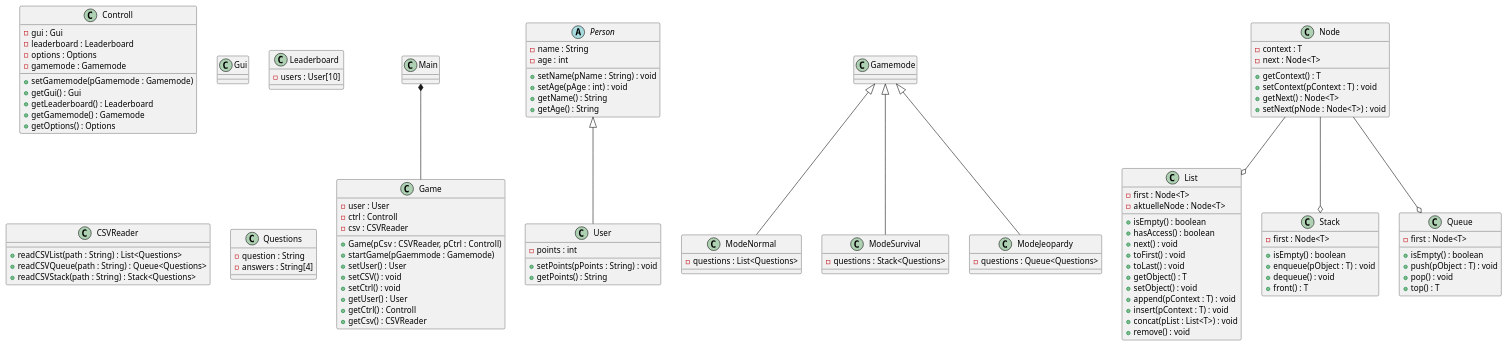
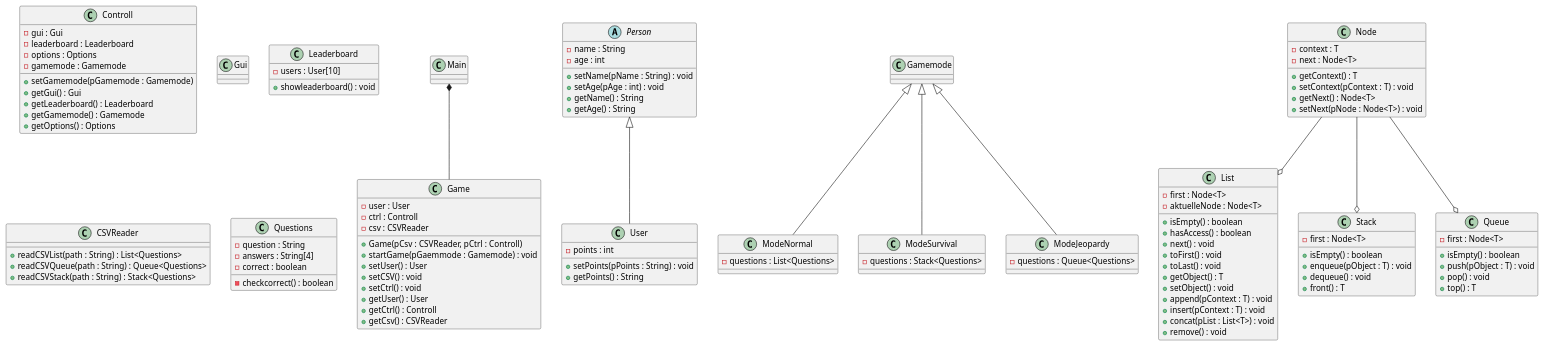
The diagram in doku/lastenheft/Diagramme/Klassendiagramm.puml (Kevin-Kroeger/dynamische-Datenstrukturen-Team-4), drawn with PlantUML before and after one commit.

Commit message:
[CHA] Klassendiagramm.puml

```diff
--- a/doku/lastenheft/Diagramme/Klassendiagramm.puml
+++ b/doku/lastenheft/Diagramme/Klassendiagramm.puml
@@ -1,143 +1,146 @@
 @startuml
  'https://plantuml.com/class-diagram
 
 class Main
 
 class Game{
 - user : User
 - ctrl : Controll
 - csv : CSVReader
 
 + Game(pCsv : CSVReader, pCtrl : Controll)
-+ startGame(pGaemmode : Gamemode)
++ startGame(pGaemmode : Gamemode) : void
 + setUser() : User
 + setCSV() : void
 + setCtrl() : void
 + getUser() : User
 + getCtrl() : Controll
 + getCsv() : CSVReader
 }
 
 
 class Controll{
 
 - gui : Gui
 - leaderboard : Leaderboard
 - options : Options
 - gamemode : Gamemode
 
 + setGamemode(pGamemode : Gamemode)
 + getGui() : Gui
 + getLeaderboard() : Leaderboard
 + getGamemode() : Gamemode
 + getOptions() : Options
 }
 
 class User{
 - points : int
 
 + setPoints(pPoints : String) : void
 + getPoints() : String
 }
 
 abstract class Person{
 - name : String
 - age : int
 
 + setName(pName : String) : void
 + setAge(pAge : int) : void
 + getName() : String
 + getAge() : String
 }
 
 class Gui{
 
 }
 
 class Leaderboard{
 - users : User[10]
++ showleaderboard() : void
  }
 
 class CSVReader{
 + readCSVList(path : String) : List<Questions>
 + readCSVQueue(path : String) : Queue<Questions>
 + readCSVStack(path : String) : Stack<Questions>
 
 }
 
 
 class Questions{
 - question : String
 - answers : String[4]
+- correct : boolean
+- checkcorrect() : boolean
 }
 
 
 class Gamemode{
 
 }
 
 class ModeNormal extends Gamemode{
 - questions : List<Questions>
 }
 
 class ModeSurvival extends Gamemode{
 - questions : Stack<Questions>
 }
 
 class ModeJeopardy extends Gamemode{
 - questions : Queue<Questions>
 }
 
 class Node{
 - context : T
 - next : Node<T>
 
 + getContext() : T
 + setContext(pContext : T) : void
 + getNext() : Node<T>
 + setNext(pNode : Node<T>) : void
 }
 
 class List{
 - first : Node<T>
 - aktuelleNode : Node<T>
 
 + isEmpty() : boolean
 + hasAccess() : boolean
 + next() : void
 + toFirst() : void
 + toLast() : void
 + getObject() : T
 + setObject() : void
 + append(pContext : T) : void
 + insert(pContext : T) : void
 + concat(pList : List<T>) : void
 + remove() : void
 }
 
 class Stack{
 - first : Node<T>
 
 + isEmpty() : boolean
 + enqueue(pObject : T) : void
 + dequeue() : void
 + front() : T
 }
 
 class Queue{
 - first : Node<T>
 
 + isEmpty() : boolean
 + push(pObject : T) : void
 + pop() : void
 + top() : T
 }
 
 Main *-- Game
 
 Person <|-- User
 
 Node --o Stack
 Node --o Queue
 Node --o List
 @enduml
```
